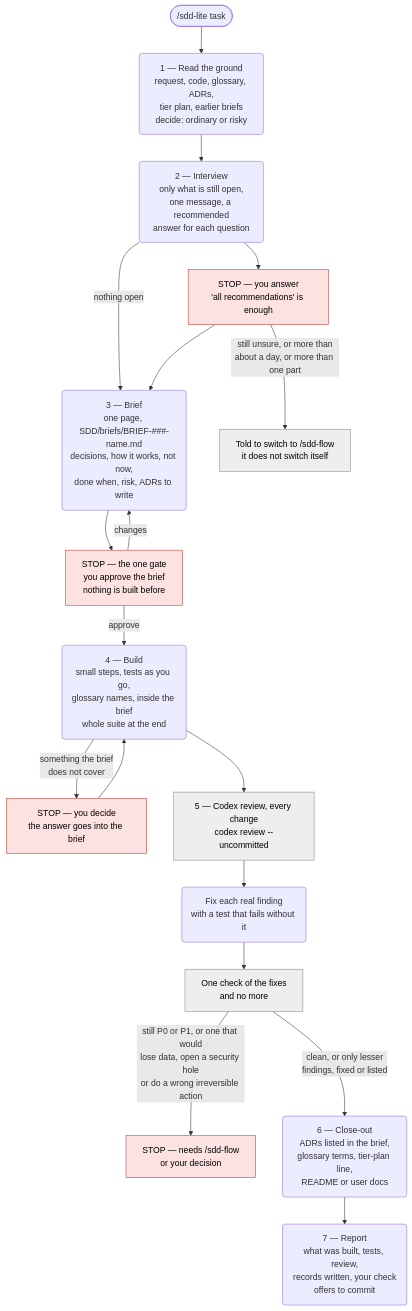
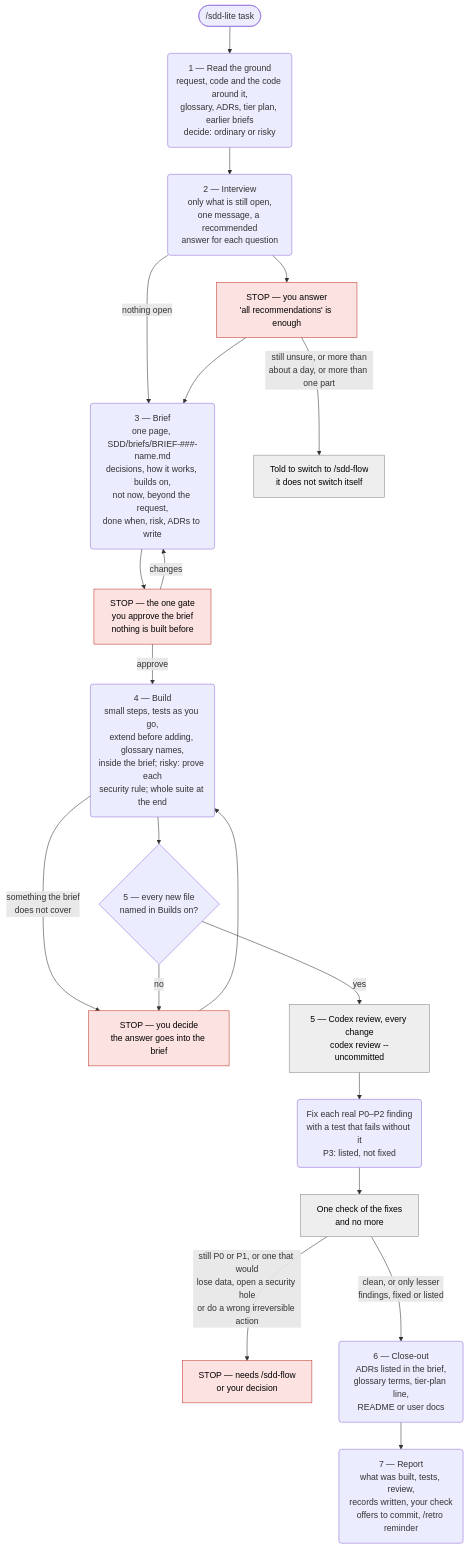
Before and after one commit to pablooliva/claude-plugins: the second of 2 diagrams in agent-engineering/docs/sdd-lite-diagram.md, drawn with Mermaid. The commit also changed other lines of this file and 6 other files, not shown here.

First line of the commit message:
ae(5.3.0): sdd-lite builds on the code around a change; risky changes prove their security rules

````diff
--- a/agent-engineering/docs/sdd-lite-diagram.md
+++ b/agent-engineering/docs/sdd-lite-diagram.md
@@ -27,24 +27,26 @@
 ```mermaid
 flowchart TD
-    start(["/sdd-lite task"]) --> s1("1 — Read the ground<br/>request, code, glossary, ADRs,<br/>tier plan, earlier briefs<br/>decide: ordinary or risky")
+    start(["/sdd-lite task"]) --> s1("1 — Read the ground<br/>request, code and the code around it,<br/>glossary, ADRs, tier plan, earlier briefs<br/>decide: ordinary or risky")
     s1 --> s2("2 — Interview<br/>only what is still open,<br/>one message, a recommended<br/>answer for each question")
     s2 -- "nothing open" --> s3
     s2 --> answers["STOP — you answer<br/>'all recommendations' is enough"]:::stop
     answers -- "still unsure, or more than<br/>about a day, or more than one part" --> toflow["Told to switch to /sdd-flow<br/>it does not switch itself"]:::other
-    answers --> s3("3 — Brief<br/>one page, SDD/briefs/BRIEF-###-name.md<br/>decisions, how it works, not now,<br/>done when, risk, ADRs to write")
+    answers --> s3("3 — Brief<br/>one page, SDD/briefs/BRIEF-###-name.md<br/>decisions, how it works, builds on,<br/>not now, beyond the request,<br/>done when, risk, ADRs to write")
     s3 --> gate["STOP — the one gate<br/>you approve the brief<br/>nothing is built before"]:::stop
     gate -- "changes" --> s3
-    gate -- "approve" --> s4("4 — Build<br/>small steps, tests as you go,<br/>glossary names, inside the brief<br/>whole suite at the end")
+    gate -- "approve" --> s4("4 — Build<br/>small steps, tests as you go,<br/>extend before adding, glossary names,<br/>inside the brief; risky: prove each<br/>security rule; whole suite at the end")
     s4 -- "something the brief<br/>does not cover" --> ask["STOP — you decide<br/>the answer goes into the brief"]:::stop
     ask --> s4
-    s4 --> r1["5 — Codex review, every change<br/>codex review --uncommitted"]:::other
-    r1 --> fix("Fix each real finding<br/>with a test that fails without it")
+    s4 --> nf{"5 — every new file<br/>named in Builds on?"}
+    nf -- "no" --> ask
+    nf -- "yes" --> r1["5 — Codex review, every change<br/>codex review --uncommitted"]:::other
+    r1 --> fix("Fix each real P0–P2 finding<br/>with a test that fails without it<br/>P3: listed, not fixed")
     fix --> r2["One check of the fixes<br/>and no more"]:::other
     r2 -- "still P0 or P1, or one that would<br/>lose data, open a security hole<br/>or do a wrong irreversible action" --> halt["STOP — needs /sdd-flow<br/>or your decision"]:::stop
     r2 -- "clean, or only lesser<br/>findings, fixed or listed" --> s6
     s6("6 — Close-out<br/>ADRs listed in the brief,<br/>glossary terms, tier-plan line,<br/>README or user docs")
-    s6 --> s7("7 — Report<br/>what was built, tests, review,<br/>records written, your check<br/>offers to commit")
+    s6 --> s7("7 — Report<br/>what was built, tests, review,<br/>records written, your check<br/>offers to commit, /retro reminder")
 
     classDef stop fill:#fde2e2,stroke:#c0392b,color:#000
     classDef other fill:#eeeeee,stroke:#888888,color:#000
 ```
````
